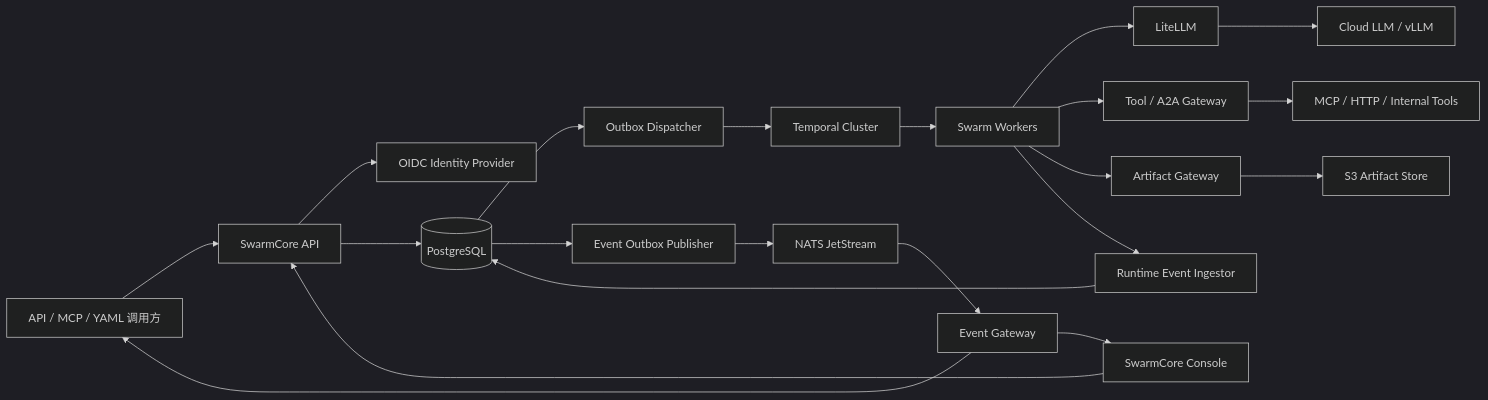
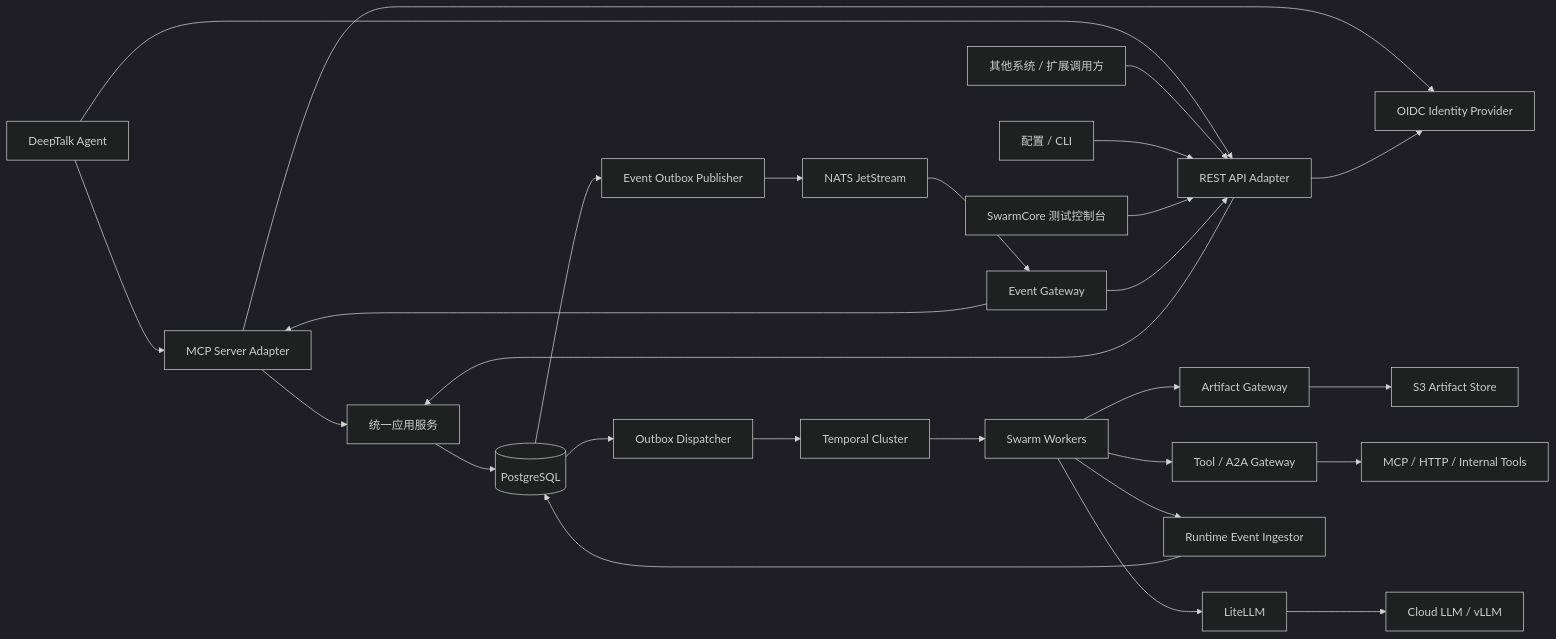
Before and after one commit to BlueX888/SwarmCore: the first of 7 diagrams in docs/swarmcore-system-design.md, drawn with Mermaid (dark theme). The commit also changed other lines of this file and 18 other files, not shown here.

```diff
--- a/docs/swarmcore-system-design.md
+++ b/docs/swarmcore-system-design.md
@@ -130,30 +135,41 @@
 ~~~mermaid
 flowchart LR
-    Caller[API / MCP / YAML 调用方]
-    UI[SwarmCore Console]
+    DeepTalk[DeepTalk Agent]
+    External[其他系统 / 扩展调用方]
+    CLI[配置 / CLI]
+    UI[SwarmCore 测试控制台]
+    Rest[REST API Adapter]
+    MCPIn[MCP Server Adapter]
+    App[统一应用服务]
     IdP[OIDC Identity Provider]
     Models[Cloud LLM / vLLM]
     Tools[MCP / HTTP / Internal Tools]
     Store[S3 Artifact Store]
 
-    Caller --> API[SwarmCore API]
-    UI --> API
-    API --> IdP
-    API --> PG[(PostgreSQL)]
+    DeepTalk --> MCPIn
+    DeepTalk --> Rest
+    External --> Rest
+    CLI --> Rest
+    UI --> Rest
+    MCPIn --> App
+    Rest --> App
+    MCPIn --> IdP
+    Rest --> IdP
+    App --> PG[(PostgreSQL)]
     PG --> Dispatcher[Outbox Dispatcher]
     Dispatcher --> Temporal[Temporal Cluster]
     Temporal --> Worker[Swarm Workers]
     Worker --> ModelGateway[LiteLLM]
     ModelGateway --> Models
     Worker --> ToolGateway[Tool / A2A Gateway]
     ToolGateway --> Tools
     Worker --> ArtifactGateway[Artifact Gateway]
     ArtifactGateway --> Store
     Worker --> Ingestor[Runtime Event Ingestor]
     Ingestor --> PG
     PG --> Publisher[Event Outbox Publisher]
     Publisher --> NATS[NATS JetStream]
     NATS --> Events[Event Gateway]
-    Events --> UI
-    Events --> Caller
+    Events --> Rest
+    Events --> MCPIn
 ~~~
```
